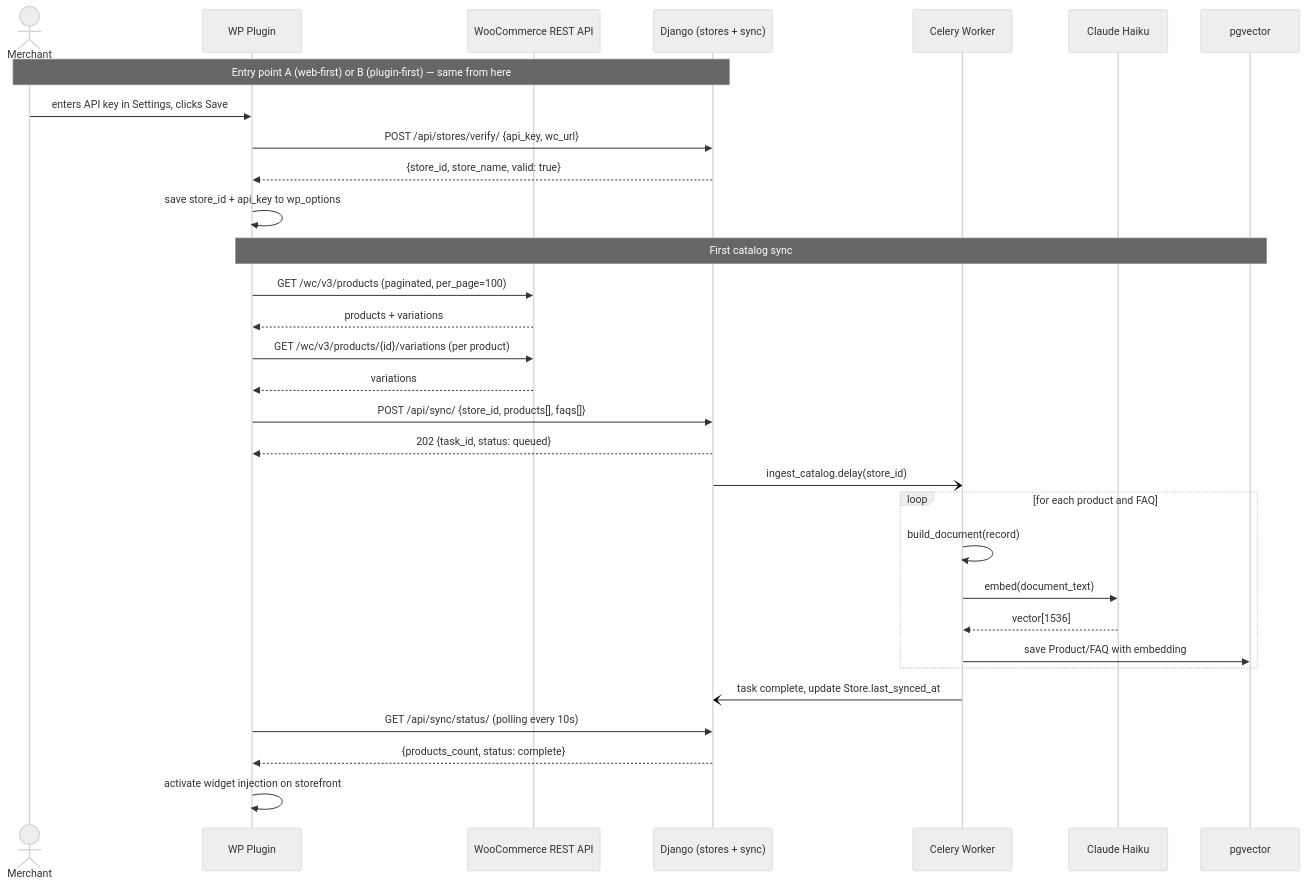
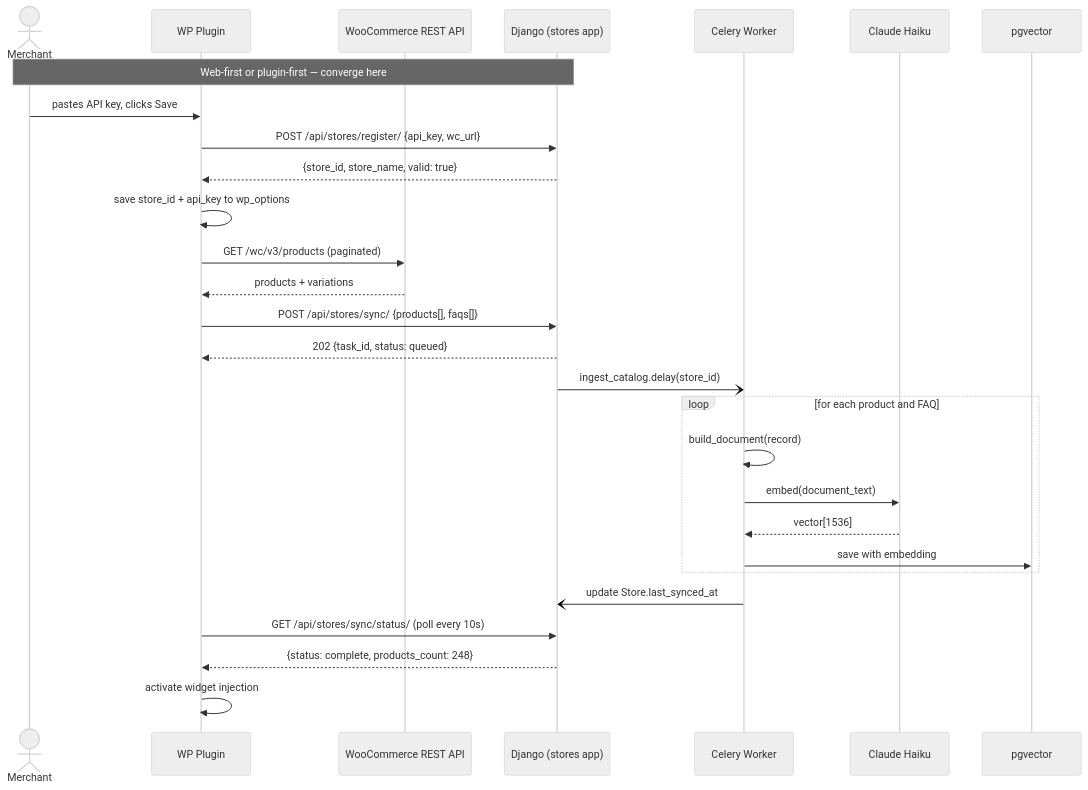
One commit to aji-pratama/woocs changed the third of 5 diagrams in .docs/PRD_v0.md. Above: the diagram before and after it, drawn with Mermaid (neutral theme). The commit also changed other lines of this file, not shown here.

````diff
--- a/.docs/PRD_v0.md
+++ b/.docs/PRD_v0.md
@@ -1278,40 +1302,35 @@
 ```mermaid
 sequenceDiagram
   actor Merchant
   participant WP as WP Plugin
   participant WC as WooCommerce REST API
-  participant Django as Django (stores + sync)
+  participant Django as Django (stores app)
   participant Celery as Celery Worker
   participant Haiku as Claude Haiku
   participant PG as pgvector
 
-  Note over Merchant,Django: Entry point A (web-first) or B (plugin-first) — same from here
+  Note over Merchant,Django: Web-first or plugin-first — converge here
 
-  Merchant->>WP: enters API key in Settings, clicks Save
-  WP->>Django: POST /api/stores/verify/ {api_key, wc_url}
+  Merchant->>WP: pastes API key, clicks Save
+  WP->>Django: POST /api/stores/register/ {api_key, wc_url}
   Django-->>WP: {store_id, store_name, valid: true}
   WP->>WP: save store_id + api_key to wp_options
 
-  Note over WP,PG: First catalog sync
-
-  WP->>WC: GET /wc/v3/products (paginated, per_page=100)
+  WP->>WC: GET /wc/v3/products (paginated)
   WC-->>WP: products + variations
-  WP->>WC: GET /wc/v3/products/{id}/variations (per product)
-  WC-->>WP: variations
-  WP->>Django: POST /api/sync/ {store_id, products[], faqs[]}
+  WP->>Django: POST /api/stores/sync/ {products[], faqs[]}
   Django-->>WP: 202 {task_id, status: queued}
-
   Django-)Celery: ingest_catalog.delay(store_id)
 
   loop for each product and FAQ
     Celery->>Celery: build_document(record)
     Celery->>Haiku: embed(document_text)
     Haiku-->>Celery: vector[1536]
-    Celery->>PG: save Product/FAQ with embedding
+    Celery->>PG: save with embedding
   end
 
-  Celery-)Django: task complete, update Store.last_synced_at
-  WP->>Django: GET /api/sync/status/ (polling every 10s)
-  Django-->>WP: {products_count, status: complete}
-  WP->>WP: activate widget injection on storefront
+  Celery-)Django: update Store.last_synced_at
+  WP->>Django: GET /api/stores/sync/status/ (poll every 10s)
+  Django-->>WP: {status: complete, products_count: 248}
+  WP->>WP: activate widget injection
 ```
````
